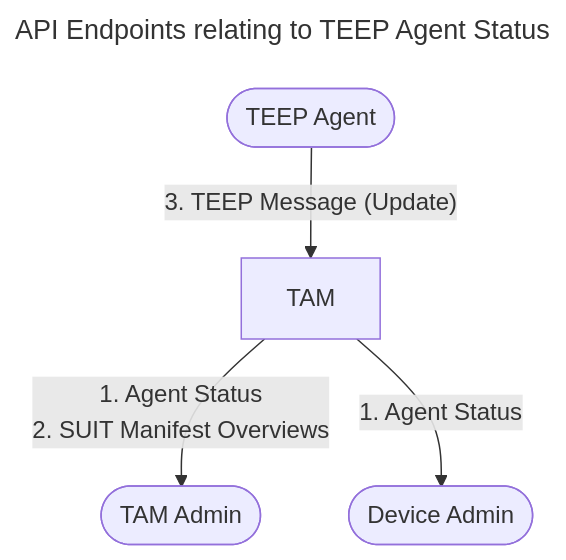
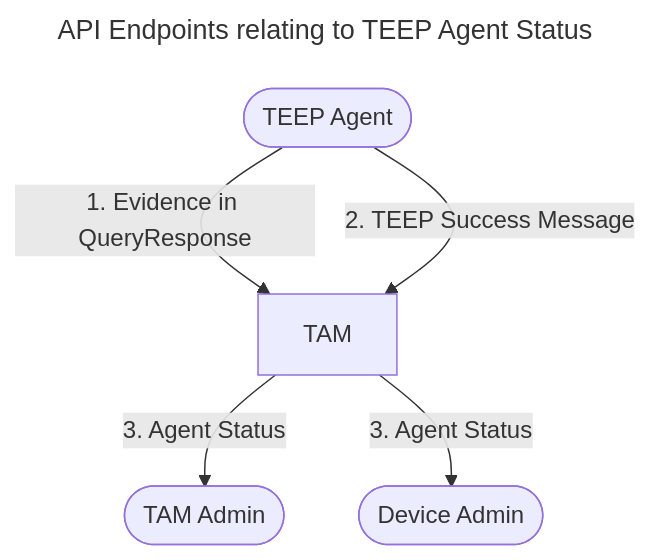
Before and after one commit to kentakayama/AttesTAM: the first of 3 diagrams in doc/TEEP_AGENT_STATUS.md, drawn with Mermaid. The commit also changed other lines of this file and 12 other files, not shown here.

````diff
--- a/doc/TEEP_AGENT_STATUS.md
+++ b/doc/TEEP_AGENT_STATUS.md
@@ -5,12 +5,13 @@
 ```mermaid
 ---
 title: API Endpoints relating to TEEP Agent Status
 ---
 
 flowchart TB
 
-TAM -- 1. Agent Status<br/>2. SUIT Manifest Overviews --> TAMAdmin([TAM Admin])
-TAM -- 1. Agent Status --> DeviceManager([Device Admin])
-TEEPAgent([TEEP Agent]) -- 3. TEEP Message (Update) --> TAM
+TAM -- 3. Agent Status --> TAMAdmin([TAM Admin])
+TAM -- 3. Agent Status --> DeviceManager([Device Admin])
+TEEPAgent -- 1. Evidence in QueryResponse --> TAM
+TEEPAgent([TEEP Agent]) -- 2. TEEP Success Message --> TAM
 TAM[TAM]
 ```
````
